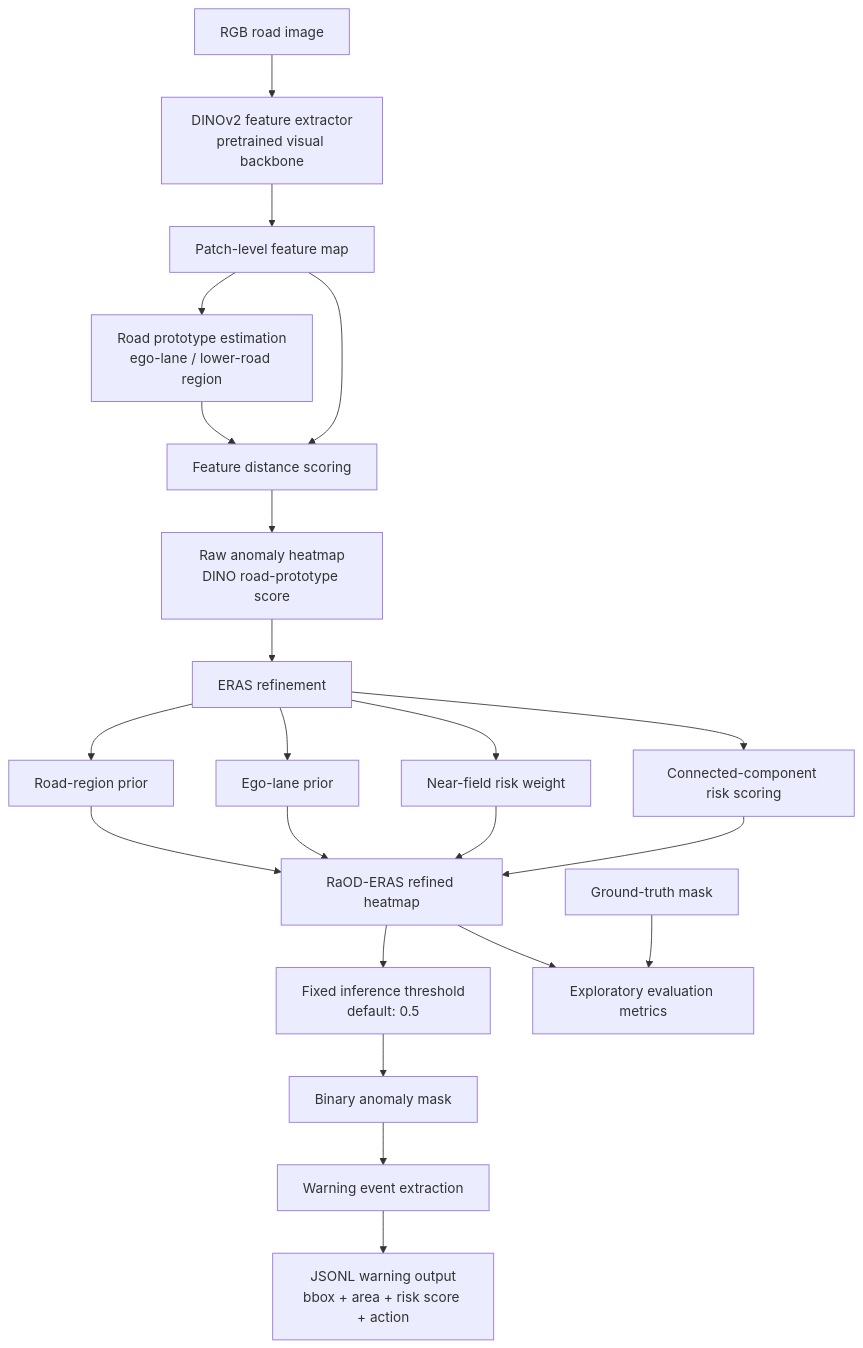
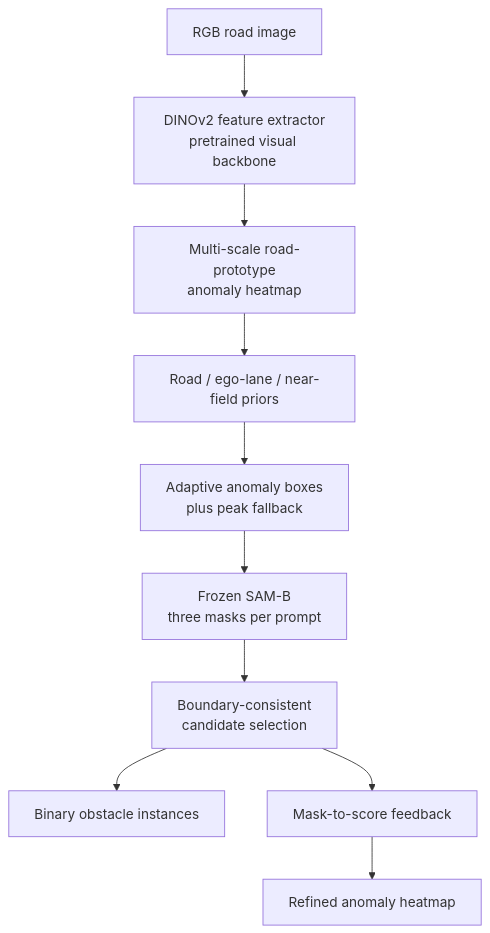
One commit to songfy0118/RaOD-ERAS changed the diagram in README.md. Above: the diagram before and after it, drawn with Mermaid. The commit also changed other lines of this file and 37 other files, not shown here.

Commit message:
Add RiskPrompt-SAM reproducible experiment

````diff
--- a/README.md
+++ b/README.md
@@ -27,27 +41,12 @@
 ```mermaid
 flowchart TD
     A["RGB road image"] --> B["DINOv2 feature extractor<br/>pretrained visual backbone"]
-    B --> C["Patch-level feature map"]
-    C --> D["Road prototype estimation<br/>ego-lane / lower-road region"]
-    C --> E["Feature distance scoring"]
-    D --> E
-    E --> F["Raw anomaly heatmap<br/>DINO road-prototype score"]
-
-    F --> G["ERAS refinement"]
-    G --> G1["Road-region prior"]
-    G --> G2["Ego-lane prior"]
-    G --> G3["Near-field risk weight"]
-    G --> G4["Connected-component risk scoring"]
-    G1 --> H["RaOD-ERAS refined heatmap"]
-    G2 --> H
-    G3 --> H
-    G4 --> H
-
-    H --> I["Fixed inference threshold<br/>default: 0.5"]
-    I --> J["Binary anomaly mask"]
-    J --> K["Warning event extraction"]
-    K --> L["JSONL warning output<br/>bbox + area + risk score + action"]
-
-    M["Ground-truth mask"] --> N["Exploratory evaluation metrics"]
-    H --> N
+    B --> C["Multi-scale road-prototype<br/>anomaly heatmap"]
+    C --> D["Road / ego-lane / near-field priors"]
+    D --> E["Adaptive anomaly boxes<br/>plus peak fallback"]
+    E --> F["Frozen SAM-B<br/>three masks per prompt"]
+    F --> G["Boundary-consistent<br/>candidate selection"]
+    G --> H["Binary obstacle instances"]
+    G --> I["Mask-to-score feedback"]
+    I --> J["Refined anomaly heatmap"]
 ```
````
